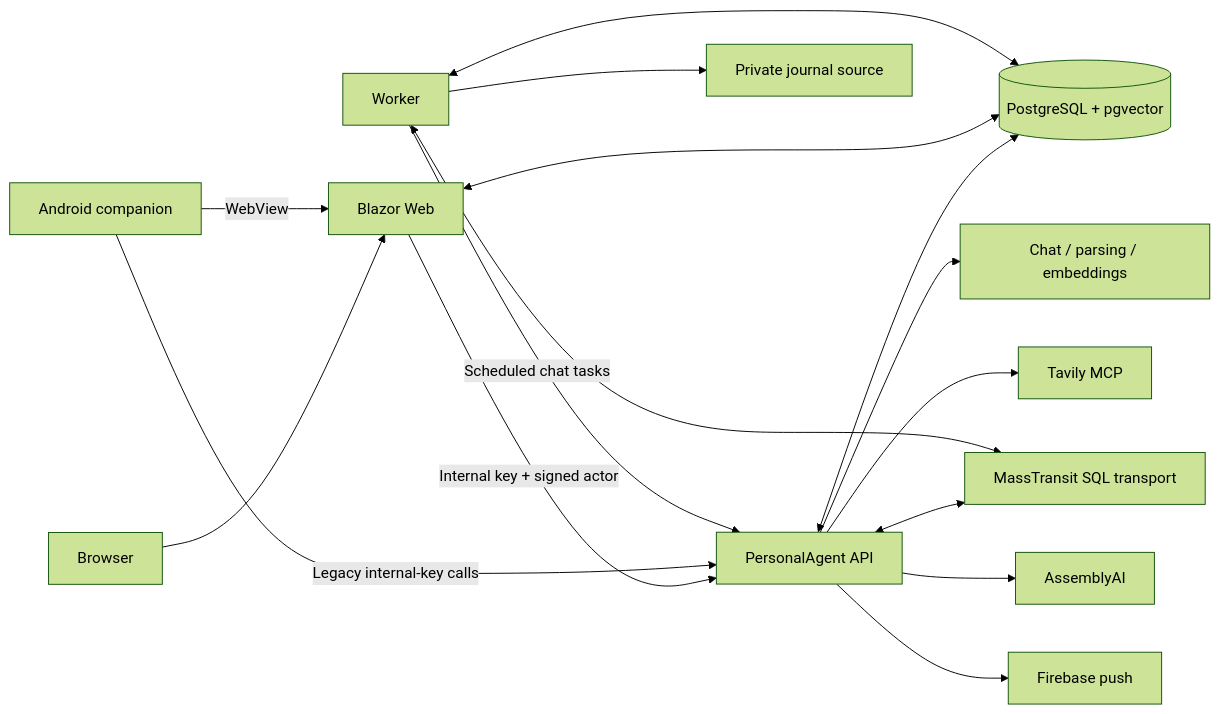
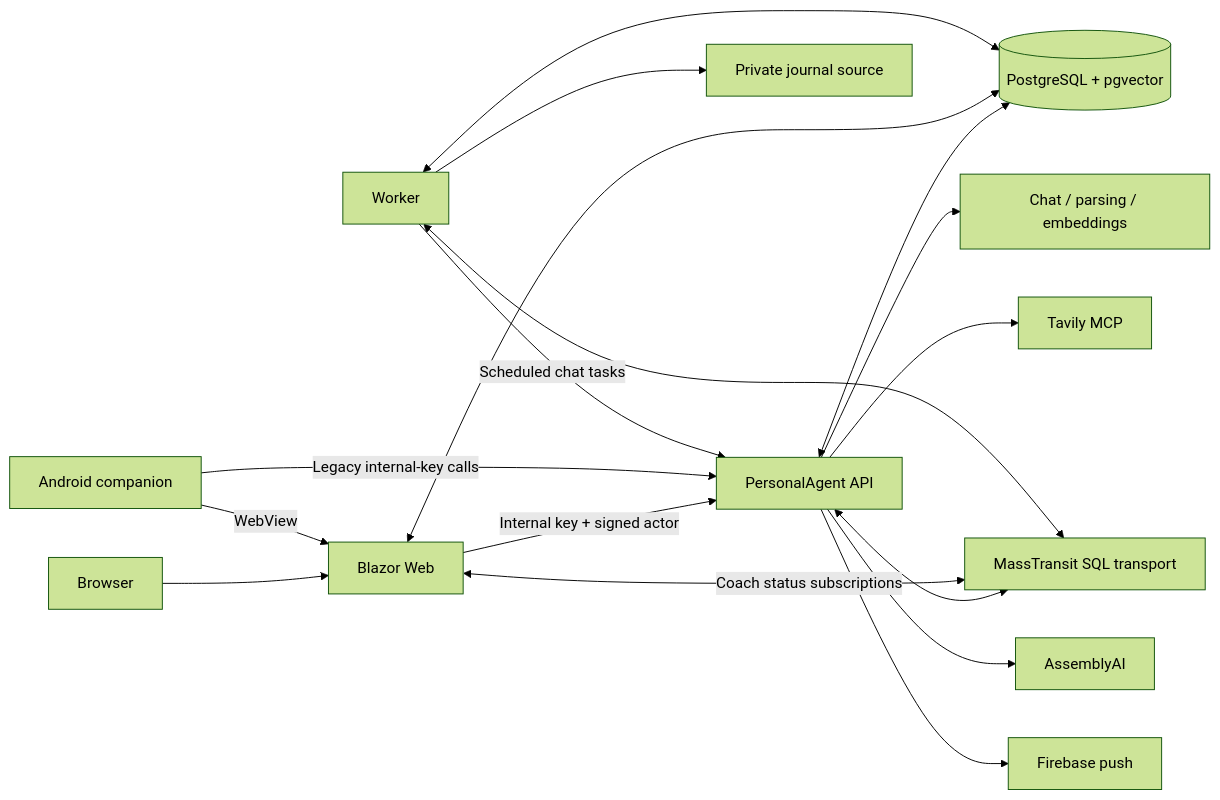
One commit to memarino92/AgentPlayground changed the diagram in docs/architecture.md. Above: the diagram before and after it, drawn with Mermaid (forest theme). The commit also changed other lines of this file and 8 other files, not shown here.

Commit message:
docs: reconcile current architecture and roadmap with recent releases

````diff
--- a/docs/architecture.md
+++ b/docs/architecture.md
@@ -5,18 +5,19 @@
 ```mermaid
 flowchart LR
     Browser --> Web[Blazor Web]
     Web -->|Internal key + signed actor| API[PersonalAgent API]
     Mobile[Android companion] -->|Legacy internal-key calls| API
     Mobile -->|WebView| Web
     API --> Models[Chat / parsing / embeddings]
     API --> MCP[Tavily MCP]
     API <--> DB[(PostgreSQL + pgvector)]
     Web <--> DB
     Worker[Worker] <--> DB
     API <--> Bus[MassTransit SQL transport]
+    Web <-->|Coach status subscriptions| Bus
     Worker <--> Bus
     Worker -->|Scheduled chat tasks| API
     API --> AssemblyAI
     Worker --> GitHub[Private journal source]
     API --> FCM[Firebase push]
 ```
````
